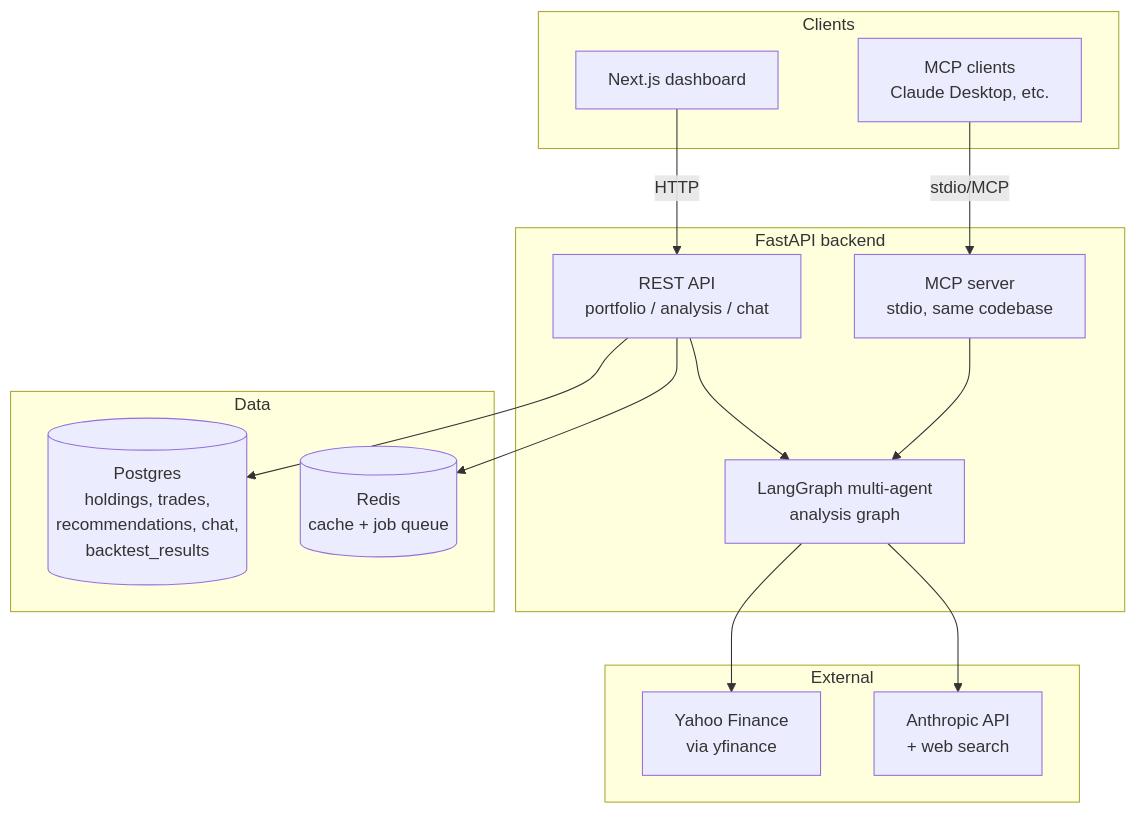
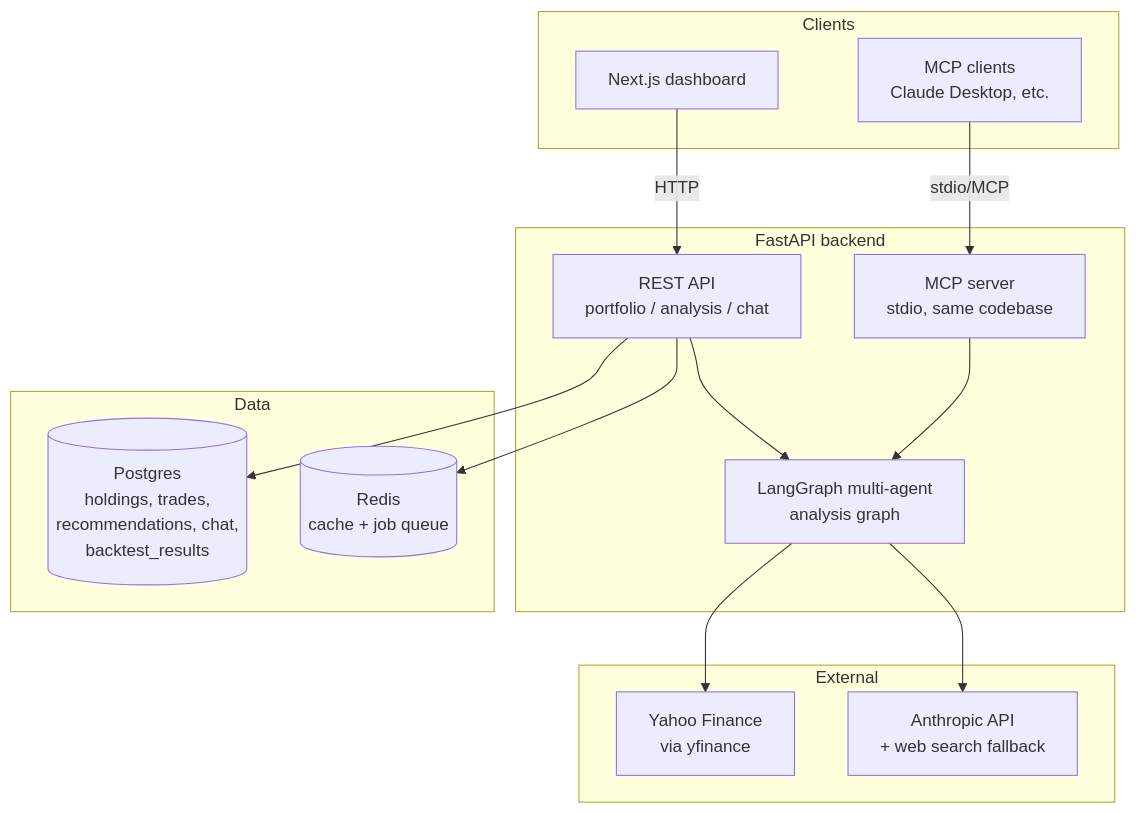
The first of 2 diagrams in docs/ARCHITECTURE.md (Frigomia/trade-agent), drawn with Mermaid before and after one commit. The commit also changed other lines of this file and 8 other files, not shown here.

````diff
--- a/docs/ARCHITECTURE.md
+++ b/docs/ARCHITECTURE.md
@@ -78,32 +78,32 @@
 ```mermaid
 flowchart TB
     subgraph Clients
         FE[Next.js dashboard]
         MCPC[MCP clients<br/>Claude Desktop, etc.]
     end
 
     subgraph Backend[FastAPI backend]
         API[REST API<br/>portfolio / analysis / chat]
         GRAPH[LangGraph multi-agent<br/>analysis graph]
         MCP[MCP server<br/>stdio, same codebase]
     end
 
     subgraph Data
         PG[(Postgres<br/>holdings, trades,<br/>recommendations, chat,<br/>backtest_results)]
         REDIS[(Redis<br/>cache + job queue)]
     end
 
     subgraph External
         YF[Yahoo Finance<br/>via yfinance]
-        CLAUDE[Anthropic API<br/>+ web search]
+        CLAUDE[Anthropic API<br/>+ web search fallback]
     end
 
     FE -->|HTTP| API
     MCPC -->|stdio/MCP| MCP
     API --> GRAPH
     MCP --> GRAPH
     GRAPH --> YF
     GRAPH --> CLAUDE
     API --> PG
     API --> REDIS
 ```
````
